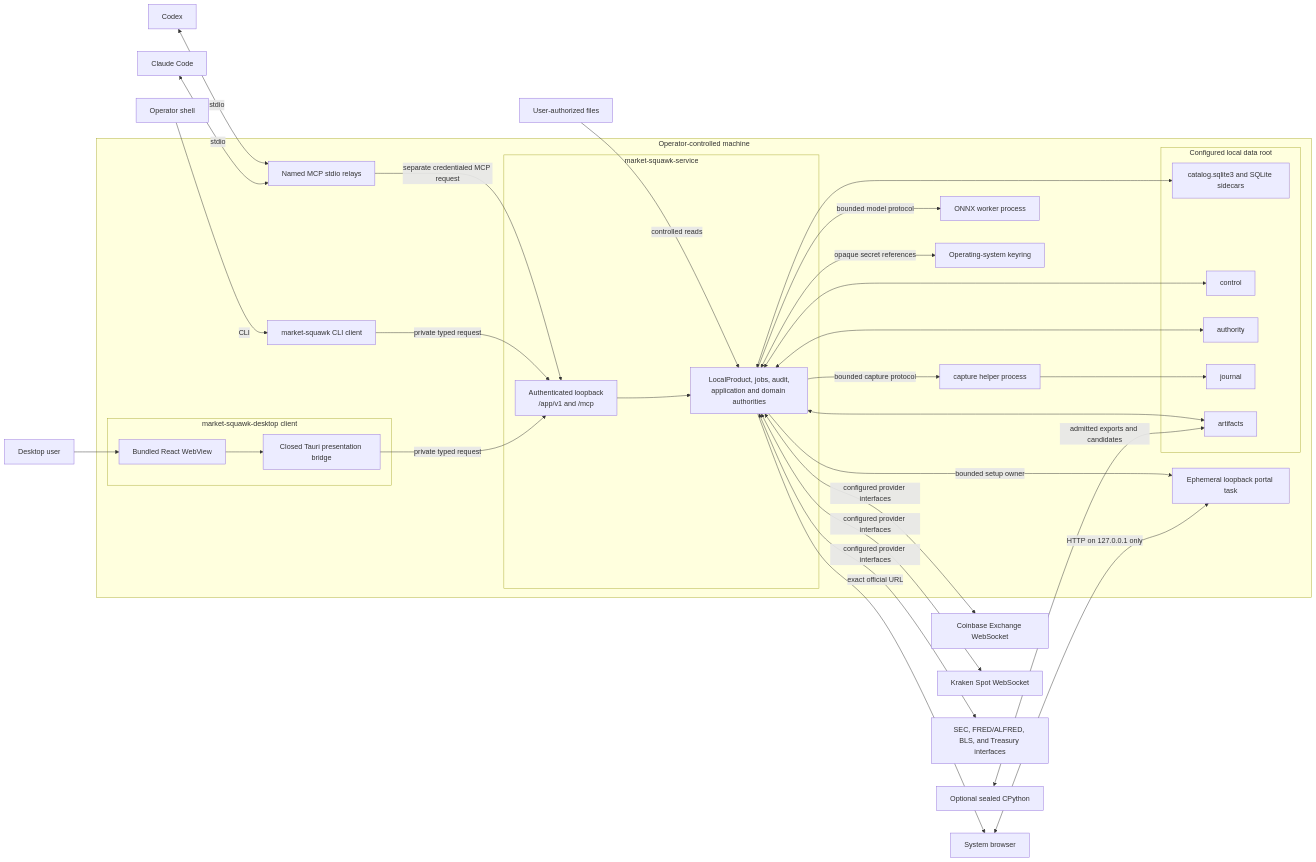
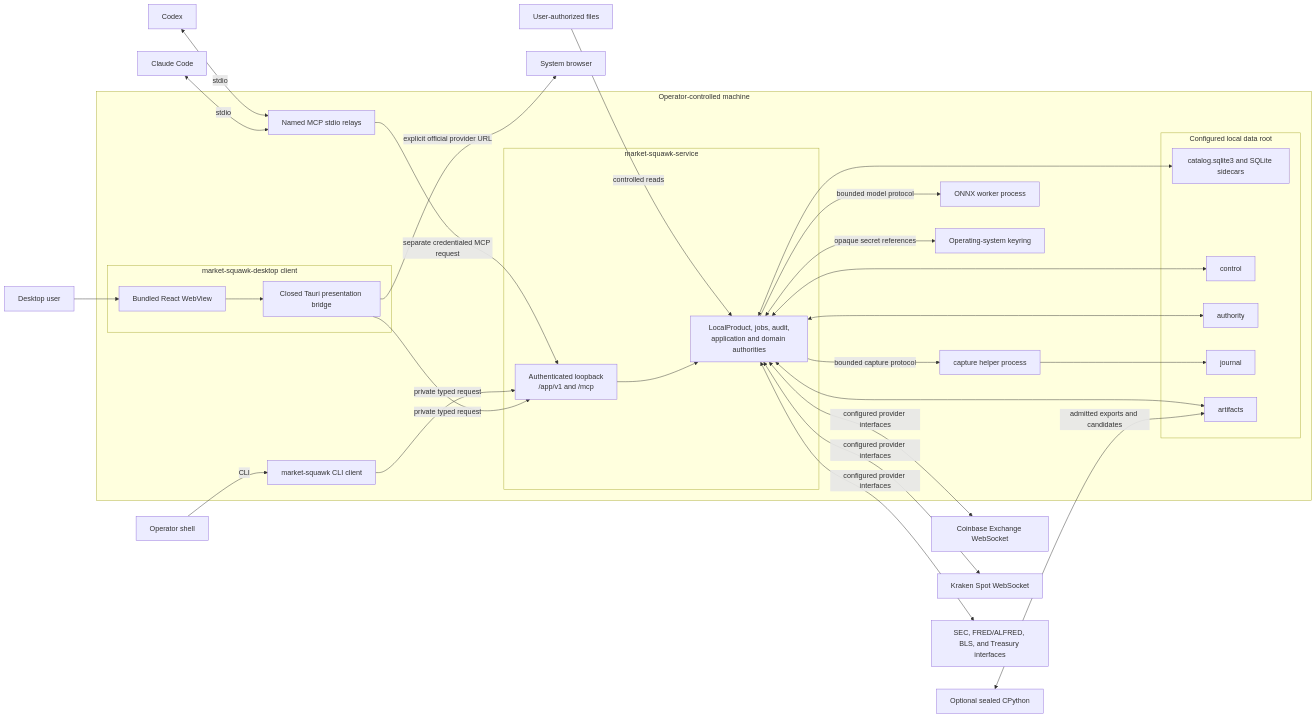
Before and after one commit to Sawmonabo/market-squawk: the first of 2 diagrams in docs/architecture/deployment.md, drawn with Mermaid. The commit also changed other lines of this file and 977 other files, not shown here.

````diff
--- a/docs/architecture/deployment.md
+++ b/docs/architecture/deployment.md
@@ -83,65 +83,62 @@
 ```mermaid
 flowchart LR
     DesktopUser["Desktop user"]
     Operator["Operator shell"]
     Claude["Claude Code"]
     Codex["Codex"]
     Browser["System browser"]
     Python["Optional sealed CPython"]
 
     subgraph Host["Operator-controlled machine"]
         subgraph DesktopProcess["market-squawk-desktop client"]
             WebView["Bundled React WebView"]
             Bridge["Closed Tauri presentation bridge"]
             WebView --> Bridge
         end
         subgraph ServiceProcess["market-squawk-service"]
             Runtime["Authenticated loopback\n/app/v1 and /mcp"]
             ServiceMain["LocalProduct, jobs, audit,\napplication and domain authorities"]
             Runtime --> ServiceMain
         end
         CliMain["market-squawk CLI client"]
         Relays["Named MCP stdio relays"]
-        Loopback["Ephemeral loopback portal task"]
         Capture["capture helper process"]
         Onnx["ONNX worker process"]
         Keyring["Operating-system keyring"]
 
         subgraph DataRoot["Configured local data root"]
             Catalog["catalog.sqlite3 and SQLite sidecars"]
             Control["control"]
             Authority["authority"]
             Journal["journal"]
             Artifacts["artifacts"]
         end
     end
 
     Coinbase["Coinbase Exchange WebSocket"]
     Kraken["Kraken Spot WebSocket"]
     Official["SEC, FRED/ALFRED, BLS, and Treasury interfaces"]
     Inputs["User-authorized files"]
 
     DesktopUser --> WebView
     Operator -->|"CLI"| CliMain
     Claude <-->|"stdio"| Relays
     Codex <-->|"stdio"| Relays
     Bridge -->|"private typed request"| Runtime
     CliMain -->|"private typed request"| Runtime
     Relays -->|"separate credentialed MCP request"| Runtime
-    Browser <-->|"HTTP on 127.0.0.1 only"| Loopback
-    ServiceMain -->|"bounded setup owner"| Loopback
-    ServiceMain -->|"exact official URL"| Browser
+    Bridge -->|"explicit official provider URL"| Browser
     Python <-->|"admitted exports and candidates"| Artifacts
     ServiceMain <-->|"configured provider interfaces"| Coinbase
     ServiceMain <-->|"configured provider interfaces"| Kraken
     ServiceMain <-->|"configured provider interfaces"| Official
     Inputs -->|"controlled reads"| ServiceMain
     ServiceMain <-->|"opaque secret references"| Keyring
     ServiceMain -->|"bounded capture protocol"| Capture
     Capture --> Journal
     ServiceMain -->|"bounded model protocol"| Onnx
     ServiceMain <--> Catalog
     ServiceMain <--> Control
     ServiceMain <--> Authority
     ServiceMain <--> Artifacts
 ```
````
